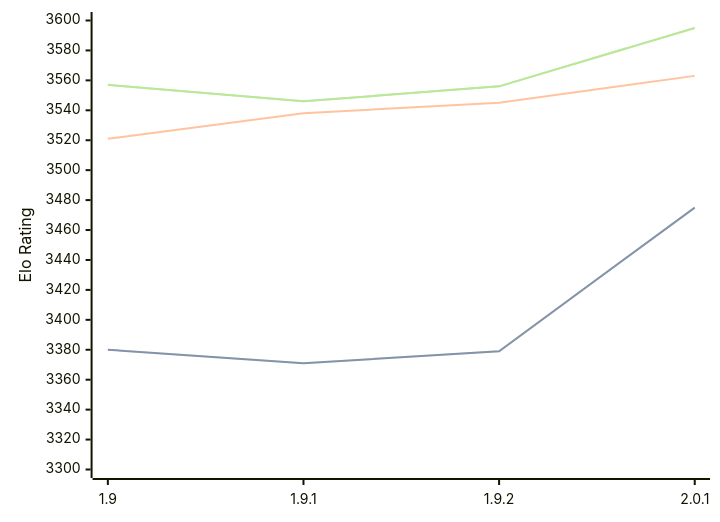
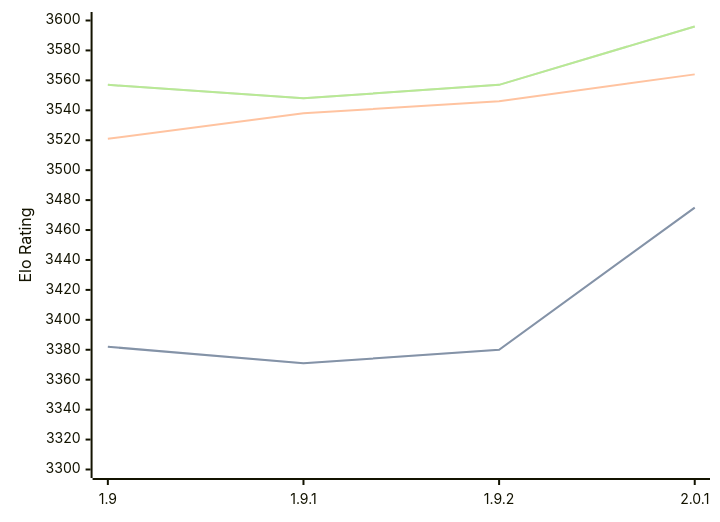
Before and after one commit to computer-chess-index/cci: the diagram in engines/Pawnocchio.md, drawn with Mermaid. The commit also changed other lines of this file, not shown here.

Commit message:
Update CCI Ratings (ELO VLTC) - 2026-09-16

````diff
--- a/engines/Pawnocchio.md
+++ b/engines/Pawnocchio.md
@@ -36,11 +36,11 @@
 ```mermaid
 %%{init: {"theme":"base","themeVariables":{"seriesColors:['#a3a3a3','#222221','#faa371']}}}%%
 xychart-beta
   x-axis ["1.9", "1.9.1", "1.9.2", "2.0.1"]
   y-axis "Elo Rating" 3300 --> 3600
-  line "" [3380, 3371, 3379, 3475]
-  line "STC (8.0+0.08s)" [3380, 3371, 3379, 3475]
-  line "LTC (60.0+0.60s)" [3521, 3538, 3545, 3563]
-  line "" [3557, 3546, 3556, 3595]
-  line "VLTC (2m24s+1.12s)" [3557, 3546, 3556, 3595]
+  line "" [3382, 3371, 3380, 3475]
+  line "STC (8.0+0.08s)" [3382, 3371, 3380, 3475]
+  line "LTC (60.0+0.60s)" [3521, 3538, 3546, 3564]
+  line "" [3557, 3548, 3557, 3596]
+  line "VLTC (2m24s+1.12s)" [3557, 3548, 3557, 3596]
 ```
````
